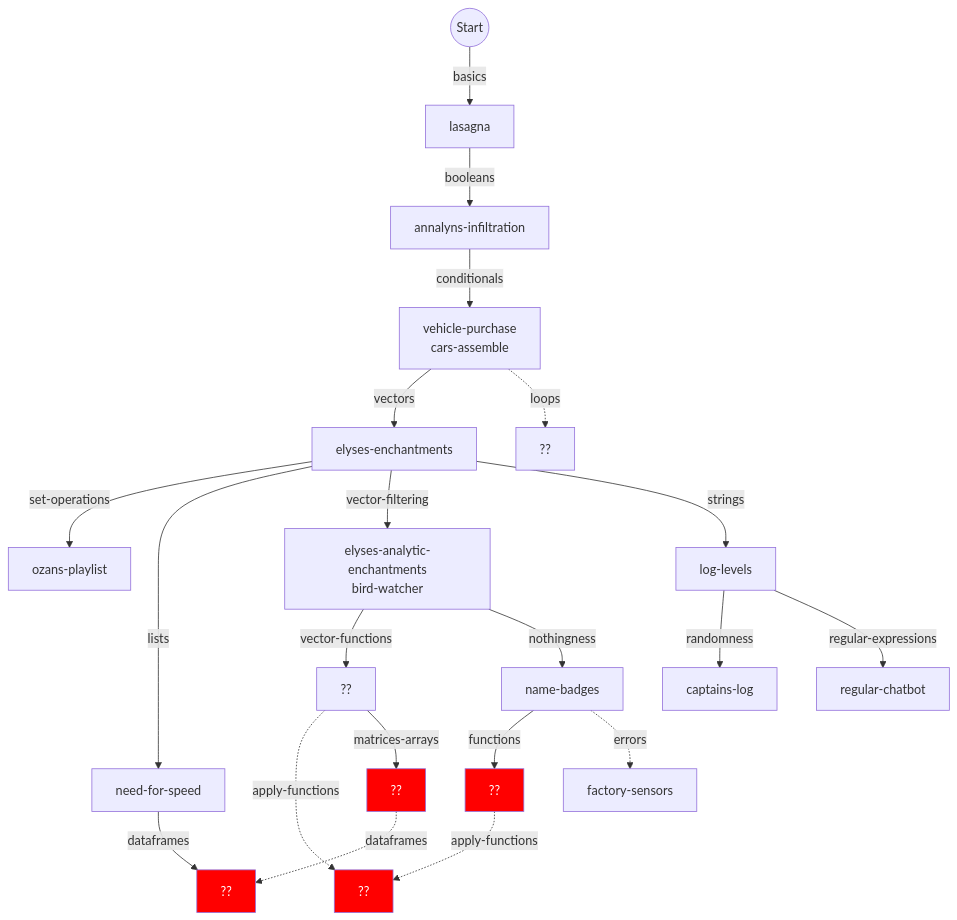
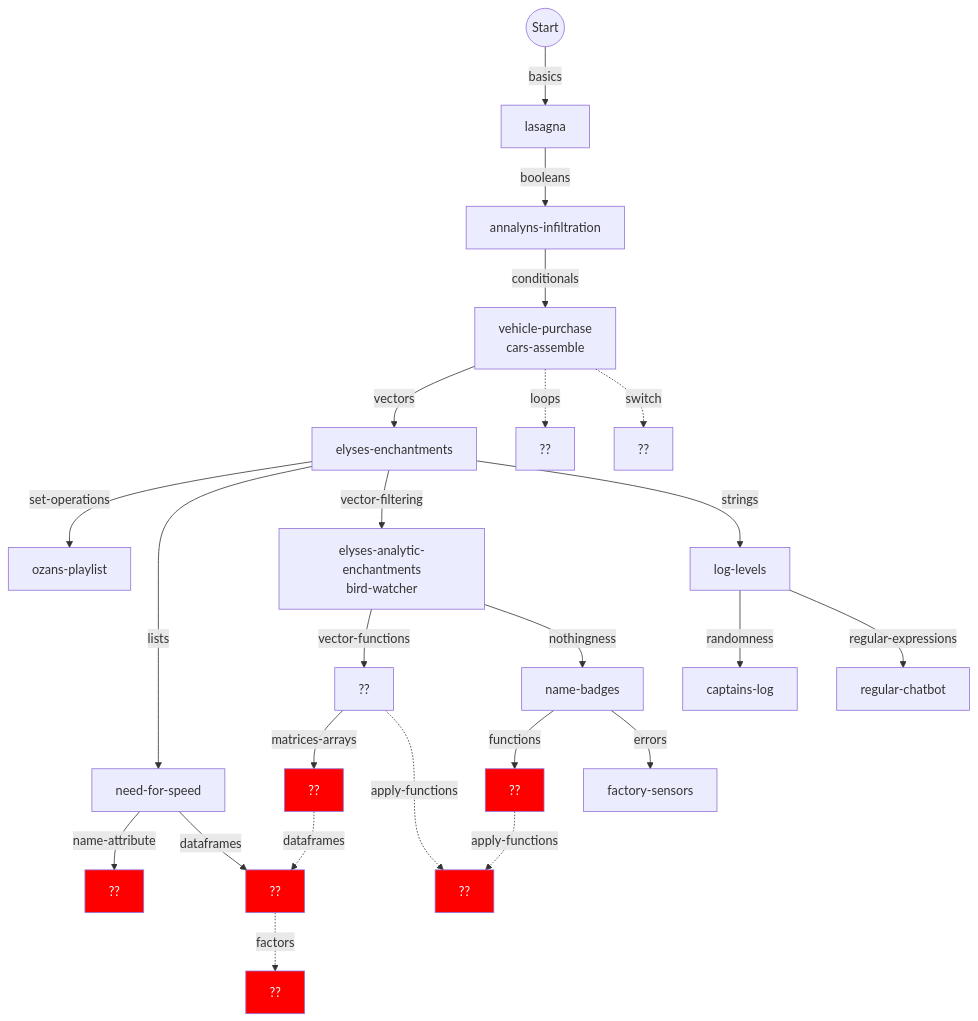
One commit to colinleach/r_concepts changed the first of 2 diagrams in flowchart.md. Above: the diagram before and after it, drawn with Mermaid. The commit also changed other lines of this file and 6 other files, not shown here.

````diff
--- a/flowchart.md
+++ b/flowchart.md
@@ -10,28 +10,33 @@
 ```mermaid
 graph TD
     
 start(("Start")) --basics--> basics["lasagna"]
 basics --booleans--> booleans["annalyns-infiltration"]
 booleans --conditionals--> conditionals["vehicle-purchase<br/>cars-assemble"]
 conditionals --vectors--> vectors["elyses-enchantments"]
 conditionals -.loops.-> loops["??"]
+conditionals -.switch.-> switch["??"]
 vectors --set-operations--> set-operations["ozans-playlist"]
 strings --randomness--> randomness["captains-log"]
 vectors --lists--> lists["need-for-speed"]
 vectors --vector-filtering--> vector-filtering["elyses-analytic-enchantments<br/>bird-watcher"]
 strings --regular-expressions--> regular-expressions["regular-chatbot"]
 vector-filtering --vector-functions--> vector-functions["??"]
 vector-filtering --nothingness--> nothingness["name-badges"]
 vectors --strings--> strings["log-levels"]
 nothingness --functions--> functions["??"]
 style functions fill:#f00,color:#fff
-nothingness -.errors.-> errors["factory-sensors "]
+nothingness --errors--> errors["factory-sensors "]
 functions -.apply-functions.-> apply-functions["??"]
+vector-functions --matrices-arrays--> matrices-arrays["??"]
 vector-functions -.apply-functions.-> apply-functions["??"]
 style apply-functions fill:#f00,color:#fff
-vector-functions --matrices-arrays--> matrices-arrays["??"]
 style matrices-arrays fill:#f00,color:#fff
+lists --name-attribute--> name-attribute["??"]
+style name-attribute fill:#f00,color:#fff
 lists --dataframes--> dataframes["??"]
 style dataframes fill:#f00,color:#fff
 matrices-arrays -.dataframes.-> dataframes
+dataframes -.factors.-> factors["??"]
+style factors fill:#f00,color:#fff
 ```
````
